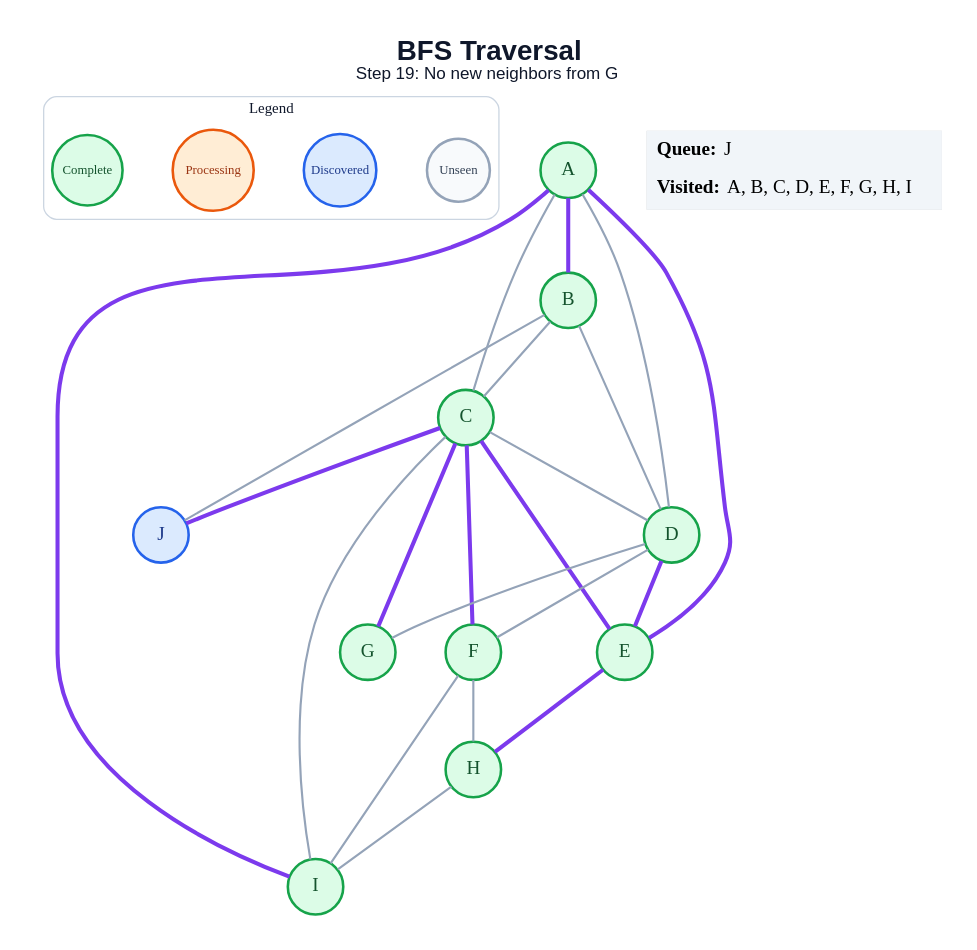
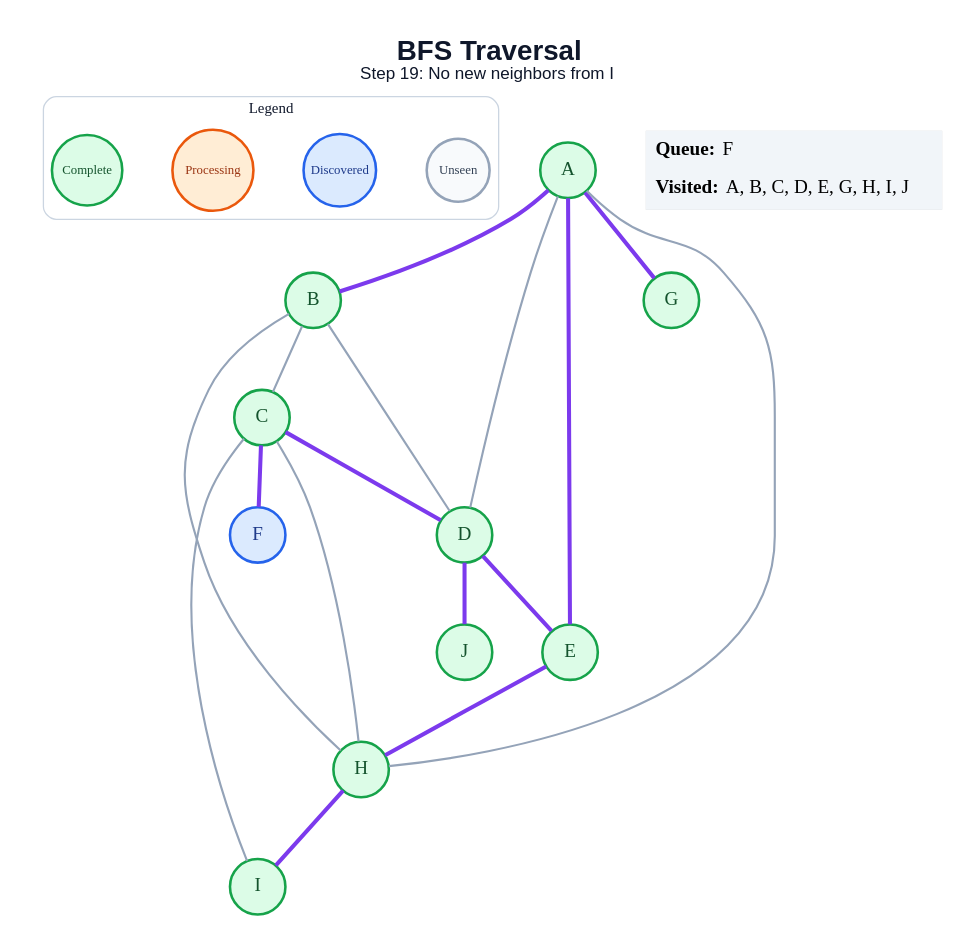
Before and after one commit to amanghodawala9/ai-slop: the diagram in generated/specific-node/bfs/step_19.dot, drawn with Graphviz. The commit also changed 178 other files, not shown here.

```diff
--- a/generated/specific-node/bfs/step_19.dot
+++ b/generated/specific-node/bfs/step_19.dot
@@ -1,50 +1,45 @@
 graph traversal {
   graph [layout=dot, rankdir=TB, bgcolor="#FFFFFF", pad="0.35", nodesep="0.65", ranksep="0.8", fontname="Arial"];
   node [shape=circle, style="filled", fontname="Arial Bold", fontsize=18, width=0.72, fixedsize=true, penwidth=2.4];
   edge [color="#94A3B8", penwidth=2.0];
-  label=<<B>BFS Traversal</B><BR/><FONT POINT-SIZE="16">Step 19: No new neighbors from G</FONT>>; labelloc="t"; fontsize=26; fontname="Arial"; fontcolor="#0F172A";
+  label=<<B>BFS Traversal</B><BR/><FONT POINT-SIZE="16">Step 19: No new neighbors from I</FONT>>; labelloc="t"; fontsize=26; fontname="Arial"; fontcolor="#0F172A";
   subgraph cluster_legend { label="Legend"; color="#CBD5E1"; penwidth=1.2; style="rounded"; fontsize=14; fontname="Arial Bold";
     key_unseen [label="Unseen", fillcolor="#F8FAFC", color="#94A3B8", fontcolor="#334155", fontsize=12, width=0.82];
     key_frontier [label="Discovered", fillcolor="#DBEAFE", color="#2563EB", fontcolor="#1E3A8A", fontsize=12, width=0.95];
     key_current [label="Processing", fillcolor="#FFEDD5", color="#EA580C", fontcolor="#9A3412", fontsize=12, width=1.05];
     key_done [label="Complete", fillcolor="#DCFCE7", color="#16A34A", fontcolor="#14532D", fontsize=12, width=0.92];
     { rank=same; key_unseen; key_frontier; key_current; key_done; }
   }
   A [fillcolor="#DCFCE7", color="#16A34A", fontcolor="#14532D"];
   B [fillcolor="#DCFCE7", color="#16A34A", fontcolor="#14532D"];
   C [fillcolor="#DCFCE7", color="#16A34A", fontcolor="#14532D"];
   D [fillcolor="#DCFCE7", color="#16A34A", fontcolor="#14532D"];
   E [fillcolor="#DCFCE7", color="#16A34A", fontcolor="#14532D"];
-  F [fillcolor="#DCFCE7", color="#16A34A", fontcolor="#14532D"];
+  F [fillcolor="#DBEAFE", color="#2563EB", fontcolor="#1E3A8A"];
   G [fillcolor="#DCFCE7", color="#16A34A", fontcolor="#14532D"];
   H [fillcolor="#DCFCE7", color="#16A34A", fontcolor="#14532D"];
   I [fillcolor="#DCFCE7", color="#16A34A", fontcolor="#14532D"];
-  J [fillcolor="#DBEAFE", color="#2563EB", fontcolor="#1E3A8A"];
+  J [fillcolor="#DCFCE7", color="#16A34A", fontcolor="#14532D"];
   A -- B [color="#7C3AED", penwidth=3.8];
-  A -- C;
   A -- D;
   A -- E [color="#7C3AED", penwidth=3.8];
-  A -- I [color="#7C3AED", penwidth=3.8];
+  A -- G [color="#7C3AED", penwidth=3.8];
+  A -- H;
   B -- C;
   B -- D;
-  B -- J;
-  C -- D;
-  C -- E [color="#7C3AED", penwidth=3.8];
+  B -- H;
+  C -- D [color="#7C3AED", penwidth=3.8];
   C -- F [color="#7C3AED", penwidth=3.8];
-  C -- G [color="#7C3AED", penwidth=3.8];
+  C -- H;
   C -- I;
-  C -- J [color="#7C3AED", penwidth=3.8];
   D -- E [color="#7C3AED", penwidth=3.8];
-  D -- F;
-  D -- G;
+  D -- J [color="#7C3AED", penwidth=3.8];
   E -- H [color="#7C3AED", penwidth=3.8];
-  F -- H;
-  F -- I;
-  H -- I;
+  H -- I [color="#7C3AED", penwidth=3.8];
   status [shape=plain, fixedsize=false, width=0, height=0, margin=0, label=<
     <TABLE BORDER="0" CELLBORDER="0" CELLPADDING="7" BGCOLOR="#F1F5F9">
-      <TR><TD ALIGN="LEFT"><B>Queue:</B> J</TD></TR>
-      <TR><TD ALIGN="LEFT"><B>Visited:</B> A, B, C, D, E, F, G, H, I</TD></TR>
+      <TR><TD ALIGN="LEFT"><B>Queue:</B> F</TD></TR>
+      <TR><TD ALIGN="LEFT"><B>Visited:</B> A, B, C, D, E, G, H, I, J</TD></TR>
     </TABLE>
   >];
 }
```
